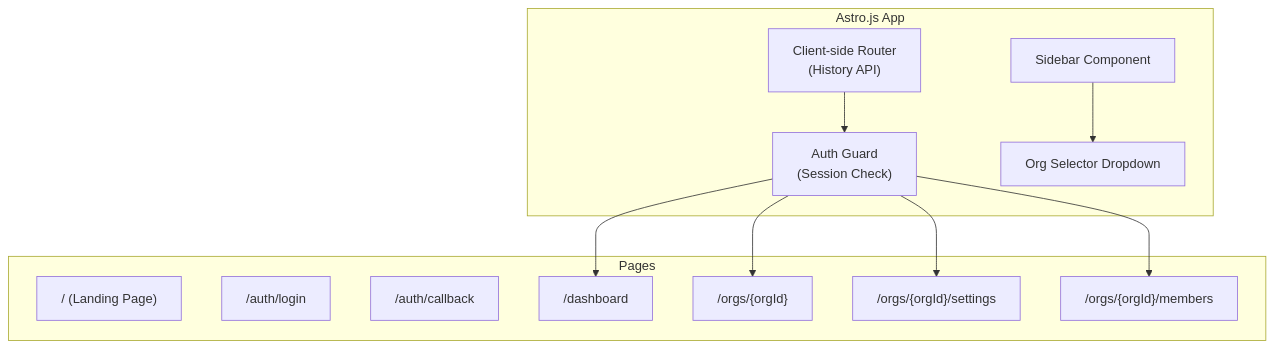
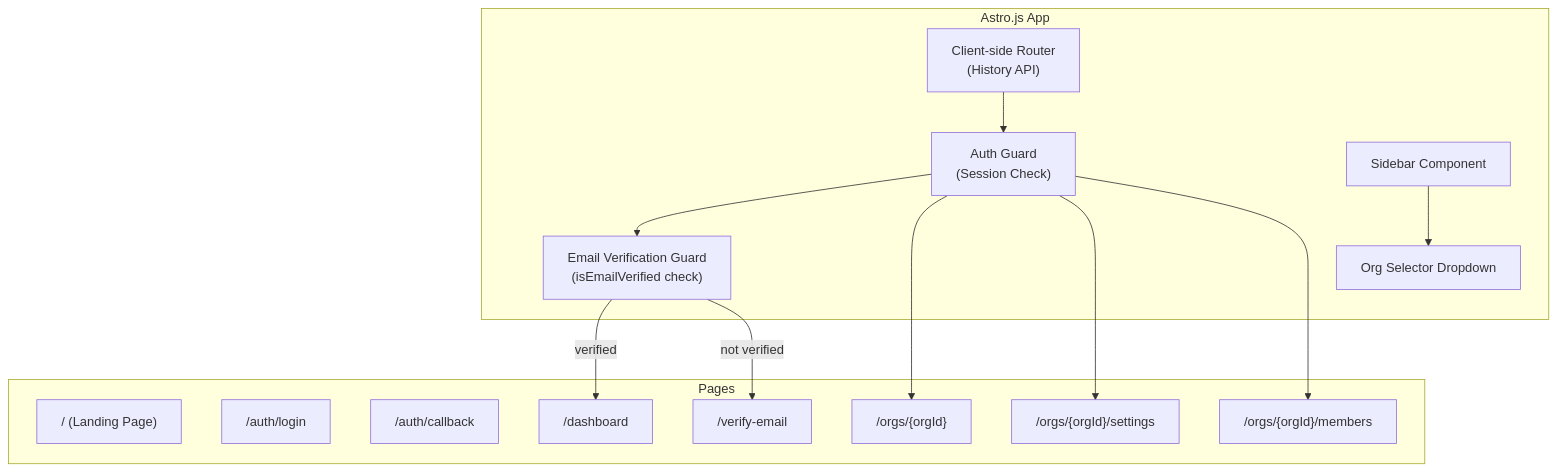
One commit to lekhasy/Vut changed diagram 13 of 15 in epics/01-epic-first-signin-org/architecture/architecture.md. Above: the diagram before and after it, drawn with Mermaid. The commit also changed other lines of this file and 13 other files, not shown here.

Commit message:
Add email verification

````diff
--- a/epics/01-epic-first-signin-org/architecture/architecture.md
+++ b/epics/01-epic-first-signin-org/architecture/architecture.md
@@ -865,26 +980,30 @@
 ```mermaid
 graph TD
     subgraph "Astro.js App"
         Router["Client-side Router<br/>(History API)"]
         AuthGuard["Auth Guard<br/>(Session Check)"]
+        EmailGuard["Email Verification Guard<br/>(isEmailVerified check)"]
         Sidebar["Sidebar Component"]
         OrgSelector["Org Selector Dropdown"]
     end
 
     subgraph Pages
         Landing["/ (Landing Page)"]
         Login["/auth/login"]
         Callback["/auth/callback"]
+        VerifyEmail["/verify-email"]
         Dashboard["/dashboard"]
         OrgDash["/orgs/{orgId}"]
         OrgSettings["/orgs/{orgId}/settings"]
         MembersPage["/orgs/{orgId}/members"]
     end
 
     Router --> AuthGuard
-    AuthGuard --> Dashboard
+    AuthGuard --> EmailGuard
+    EmailGuard -->|verified| Dashboard
+    EmailGuard -->|not verified| VerifyEmail
     AuthGuard --> OrgDash
     AuthGuard --> OrgSettings
     AuthGuard --> MembersPage
     Sidebar --> OrgSelector
 ```
````
